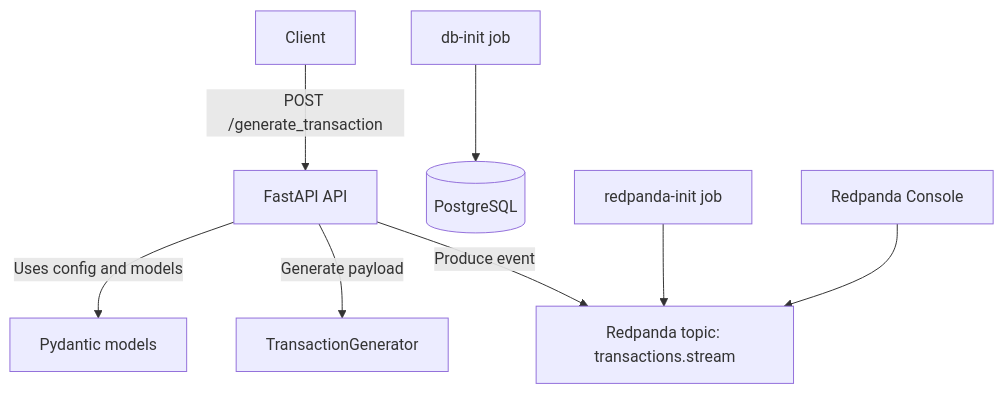
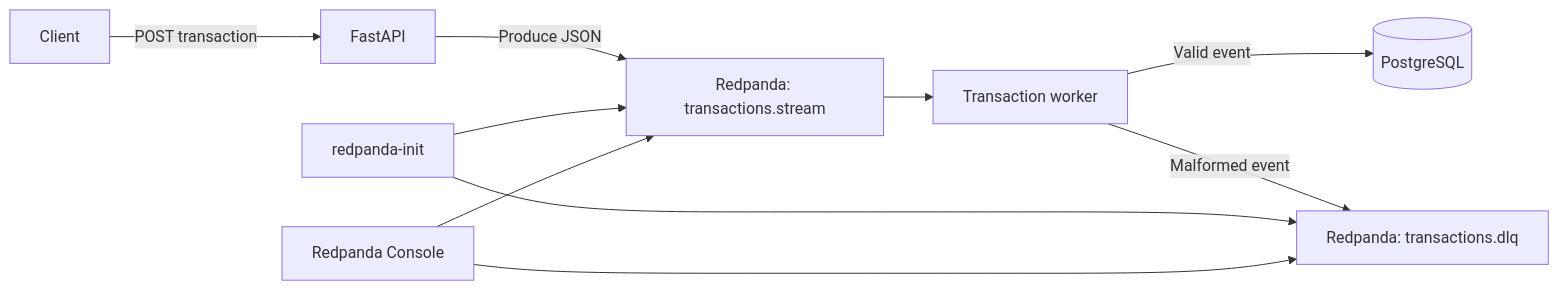
Before and after one commit to Yosesotomayor/finance-stream-engine: the diagram in README.md, drawn with Mermaid. The commit also changed other lines of this file, not shown here.

Commit message:
docs: update README to enhance project description and architecture diagram

````diff
--- a/README.md
+++ b/README.md
@@ -7,10 +7,12 @@
 ```mermaid
-flowchart TD
-    A[Client] -->|POST /generate_transaction| B[FastAPI API]
-    B -->|Generate payload| C[TransactionGenerator]
-    B -->|Produce event| D[Redpanda topic: transactions.stream]
-    B -->|Uses config and models| E[Pydantic models]
-    F[db-init job] --> G[(PostgreSQL)]
-    H[redpanda-init job] --> D
-    I[Redpanda Console] --> D
+flowchart LR
+        Client -->|POST transaction| API[FastAPI]
+        API -->|Produce JSON| Stream[Redpanda: transactions.stream]
+        Stream --> Worker[Transaction worker]
+        Worker -->|Valid event| DB[(PostgreSQL)]
+        Worker -->|Malformed event| DLQ[Redpanda: transactions.dlq]
+        Init[redpanda-init] --> Stream
+        Init --> DLQ
+        Console[Redpanda Console] --> Stream
+        Console --> DLQ
 ```
````
